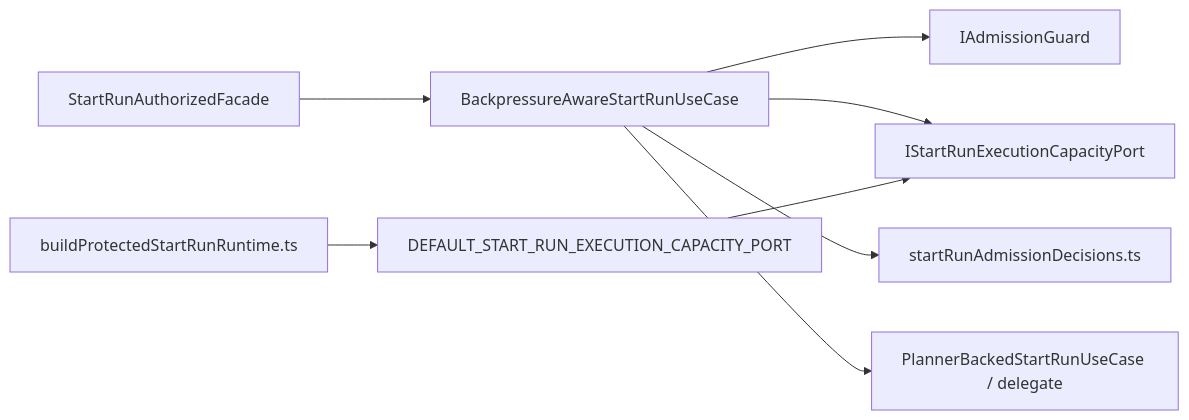
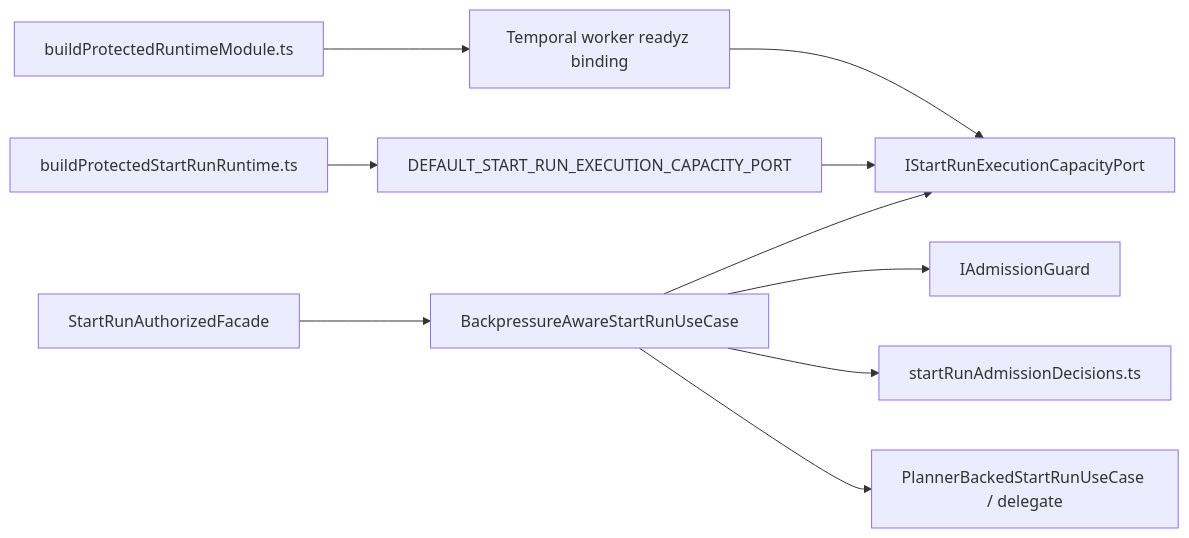
The second of 3 diagrams in apps/api/docs/start-run-execution-capacity-admission-component.md (dunay2/dvt), drawn with Mermaid before and after one commit. The commit also changed other lines of this file and 17 other files, not shown here.

Commit message:
feat(api): Bind execution capacity through protected runtime root

````diff
--- a/apps/api/docs/start-run-execution-capacity-admission-component.md
+++ b/apps/api/docs/start-run-execution-capacity-admission-component.md
@@ -112,10 +132,12 @@
 ```mermaid
 flowchart LR
   Facade["StartRunAuthorizedFacade"] --> UseCase["BackpressureAwareStartRunUseCase"]
   UseCase --> Guard["IAdmissionGuard"]
   UseCase --> Capacity["IStartRunExecutionCapacityPort"]
   UseCase --> Decisions["startRunAdmissionDecisions.ts"]
   UseCase --> Delegate["PlannerBackedStartRunUseCase / delegate"]
   Runtime["buildProtectedStartRunRuntime.ts"] --> Default["DEFAULT_START_RUN_EXECUTION_CAPACITY_PORT"]
   Default --> Capacity
+  Root["buildProtectedRuntimeModule.ts"] --> Binding["Temporal worker readyz binding"]
+  Binding --> Capacity
 ```
````
